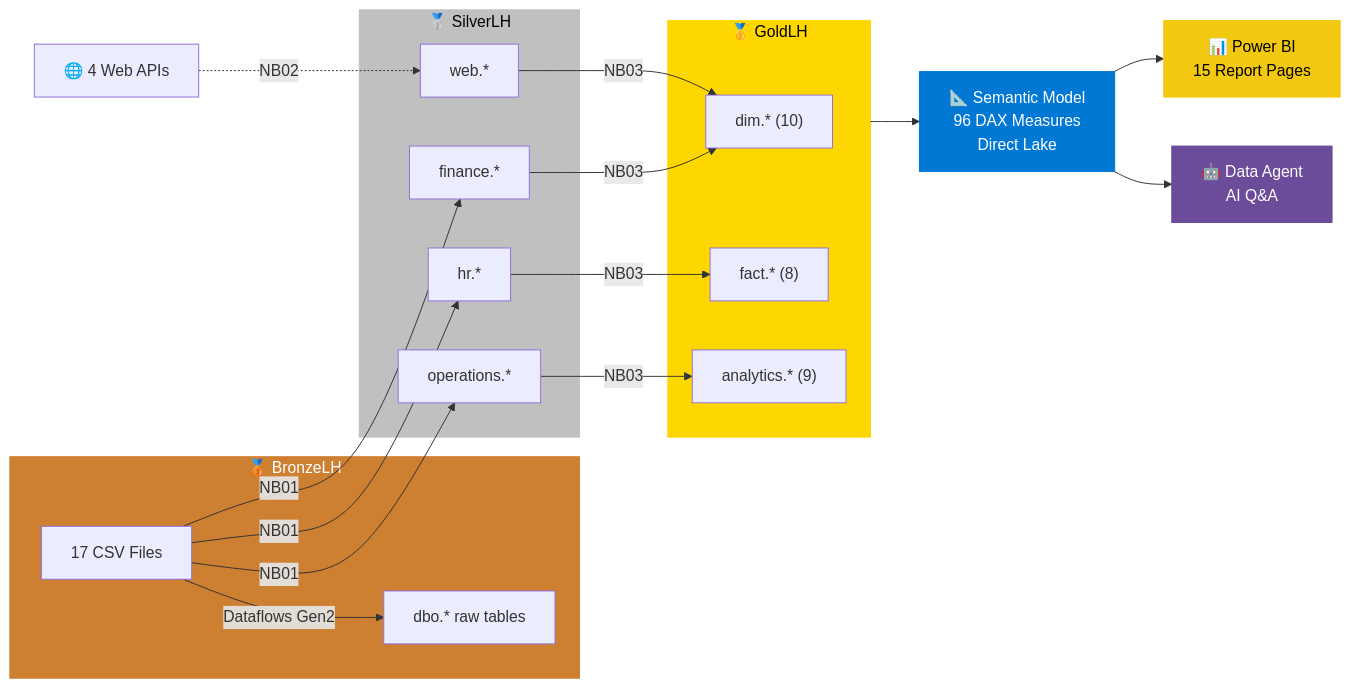
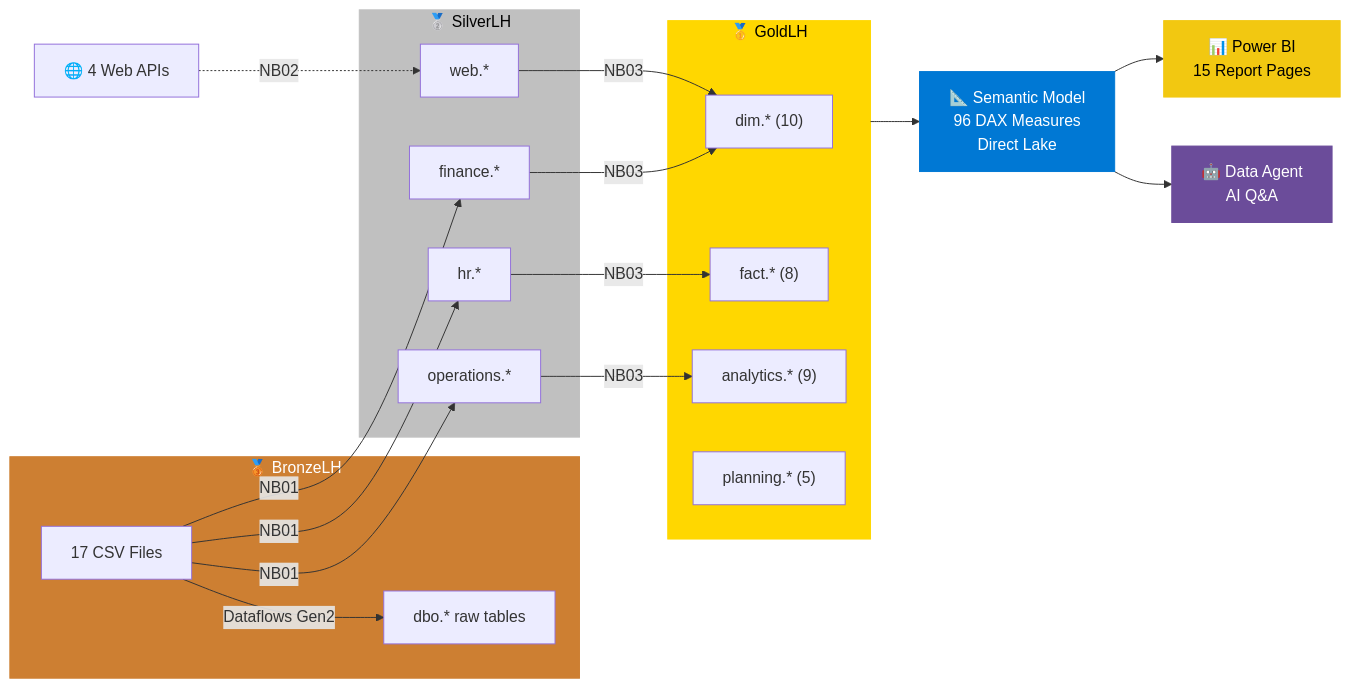
The first of 2 diagrams in README.md (cyphou/Kick-Start-Fabric-for-Books-Analytics), drawn with Mermaid before and after one commit. The commit also changed other lines of this file and 10 other files, not shown here.

````diff
--- a/README.md
+++ b/README.md
@@ -137,41 +144,42 @@
 ```mermaid
 flowchart LR
     subgraph Bronze["🥉 BronzeLH"]
         CSV["17 CSV Files"]
         RAW["dbo.* raw tables"]
     end
 
     subgraph Silver["🥈 SilverLH"]
         S1["finance.*"]
         S2["hr.*"]
         S3["operations.*"]
         S4["web.*"]
     end
 
     subgraph Gold["🥇 GoldLH"]
         D["dim.* (10)"]
         F["fact.* (8)"]
         A["analytics.* (9)"]
+        PL["planning.* (5)"]
     end
 
     CSV --> |"Dataflows Gen2"| RAW
     CSV --> |"NB01"| S1
     CSV --> |"NB01"| S2
     CSV --> |"NB01"| S3
     API["🌐 4 Web APIs"] -.-> |"NB02"| S4
     S1 --> |"NB03"| D
     S2 --> |"NB03"| F
     S3 --> |"NB03"| A
     S4 --> |"NB03"| D
 
     Gold --> SM["📐 Semantic Model\n96 DAX Measures\nDirect Lake"]
     SM --> RPT["📊 Power BI\n15 Report Pages"]
     SM --> AGT["🤖 Data Agent\nAI Q&A"]
 
     style Bronze fill:#CD7F32,color:#fff,stroke:#CD7F32
     style Silver fill:#C0C0C0,color:#000,stroke:#C0C0C0
     style Gold fill:#FFD700,color:#000,stroke:#FFD700
     style SM fill:#0078D4,color:#fff,stroke:#0078D4
     style RPT fill:#F2C811,color:#000,stroke:#F2C811
     style AGT fill:#6B4C9A,color:#fff,stroke:#6B4C9A
 ```
````
